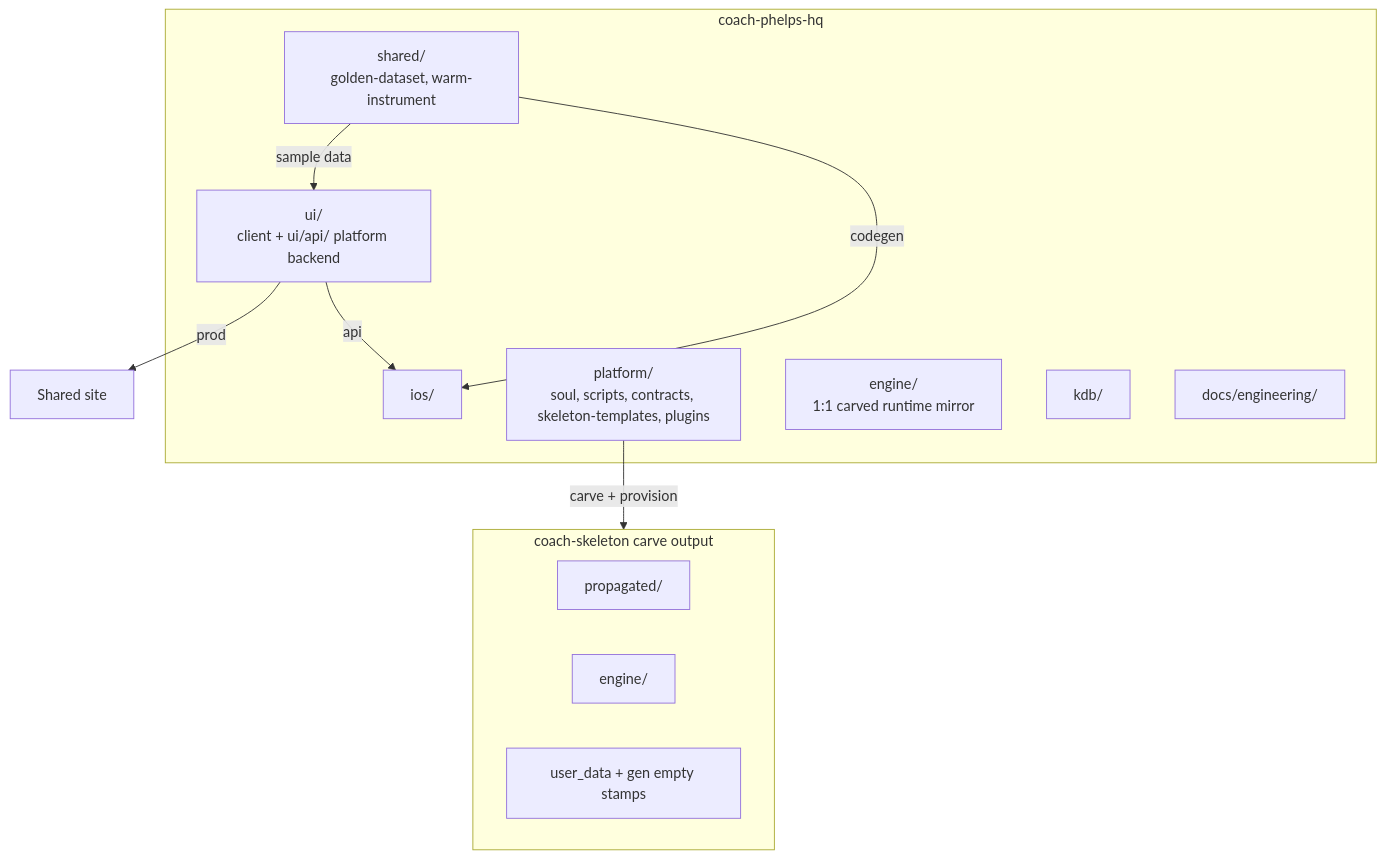
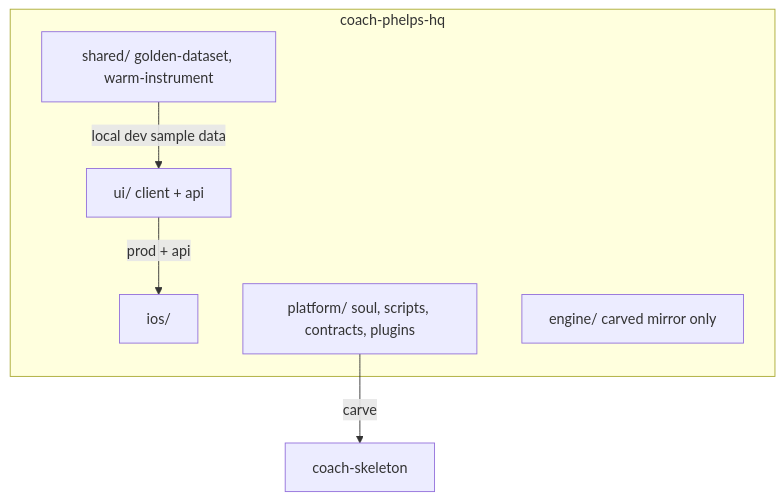
The first of 2 diagrams in docs/hq-restructure-plan.md (sibling-shipyard/coach-hq), drawn with Mermaid before and after one commit. The commit also changed other lines of this file and 7 other files, not shown here.

````diff
--- a/docs/hq-restructure-plan.md
+++ b/docs/hq-restructure-plan.md
@@ -57,22 +15,13 @@
 ```mermaid
 flowchart TB
   subgraph hq["coach-phelps-hq"]
-    shared["shared/<br/>golden-dataset, warm-instrument"]
-    ui["ui/<br/>client + ui/api/ platform backend"]
+    shared["shared/ golden-dataset, warm-instrument"]
+    ui["ui/ client + api"]
     ios["ios/"]
-    plat["platform/<br/>soul, scripts, contracts, skeleton-templates, plugins"]
-    eng["engine/<br/>1:1 carved runtime mirror"]
-    kdb["kdb/"]
-    docs["docs/engineering/"]
+    plat["platform/ soul, scripts, contracts, plugins"]
+    eng["engine/ carved mirror only"]
   end
-  subgraph skel["coach-skeleton carve output"]
-    prop["propagated/"]
-    eng2["engine/"]
-    init["user_data + gen empty stamps"]
-  end
-  plat -->|carve + provision| skel
-  ui -->|prod| site["Shared site"]
-  ui -->|api| ios
-  shared -->|sample data| ui
-  shared -->|codegen| ios
+  plat -->|carve| skel["coach-skeleton"]
+  shared -->|local dev sample data| ui
+  ui -->|prod + api| ios
 ```
````
